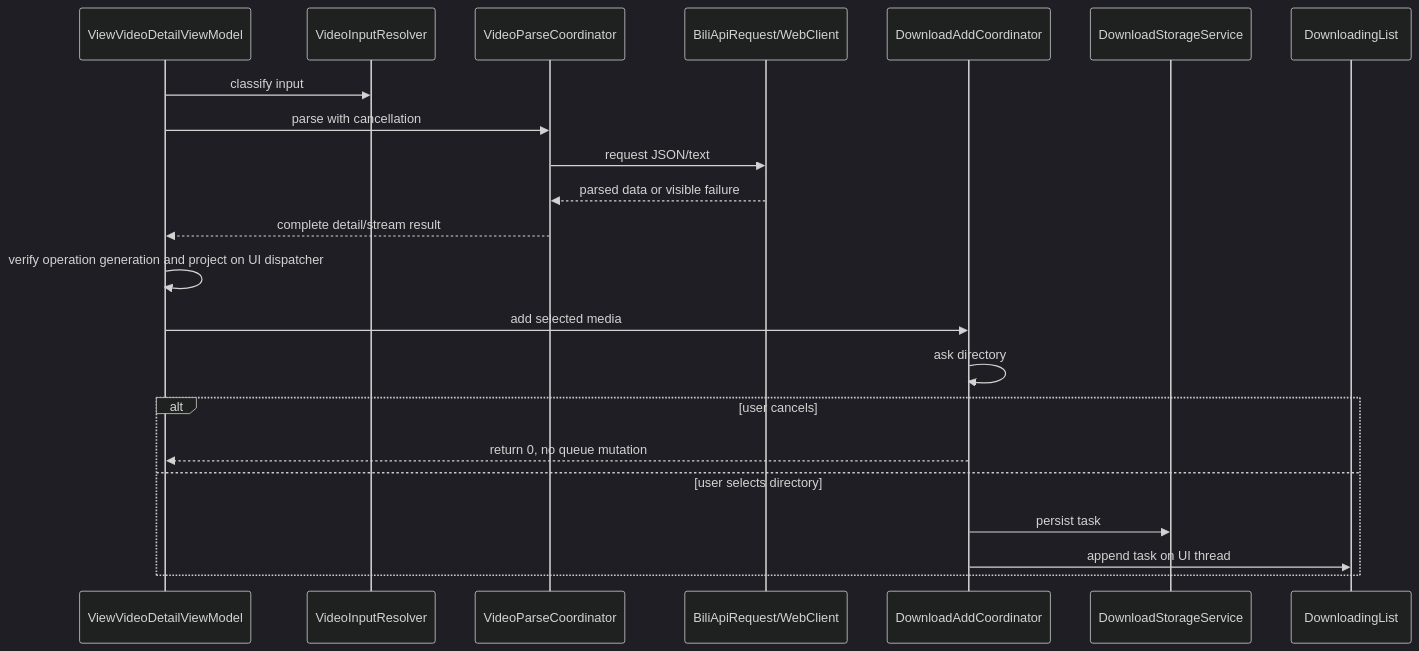
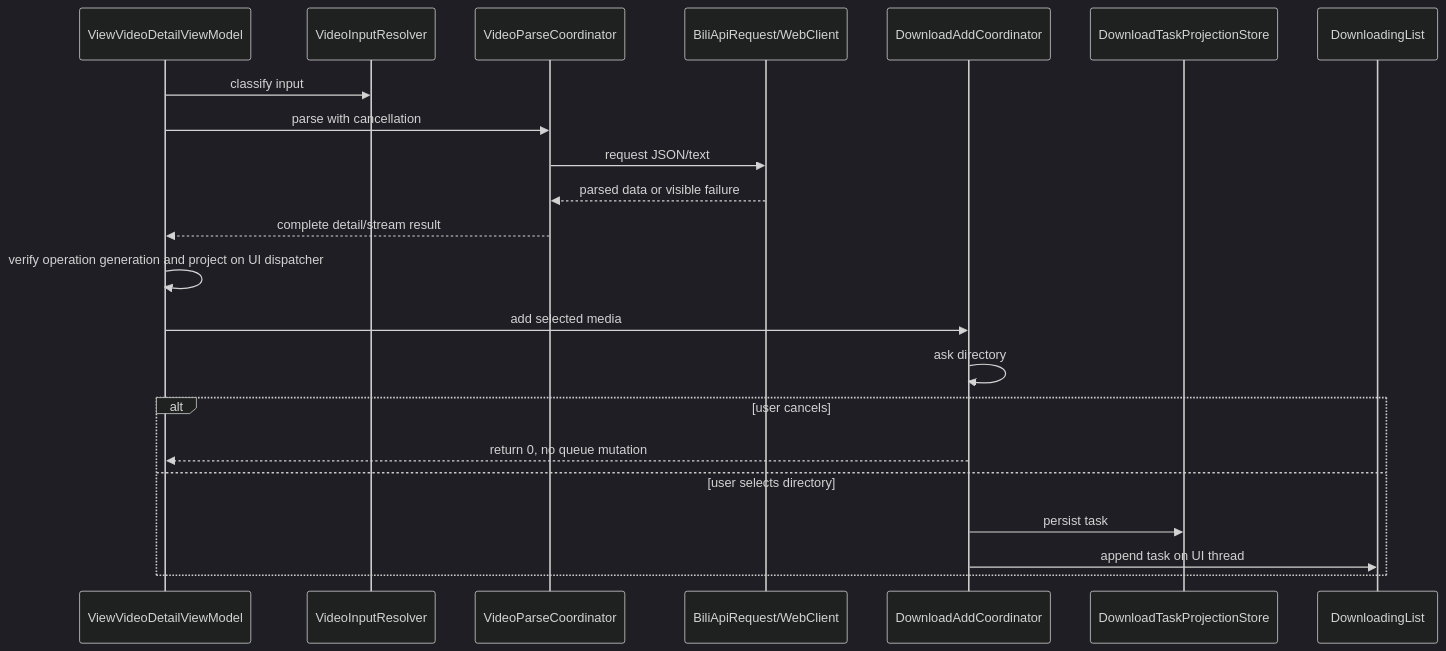
Before and after one commit to crazysmile-PhD/downkyicore: the third of 4 diagrams in docs/ai-knowledge-graph.md, drawn with Mermaid (dark theme). The commit also changed other lines of this file and 4 other files, not shown here.

````diff
--- a/docs/ai-knowledge-graph.md
+++ b/docs/ai-knowledge-graph.md
@@ -1772,25 +1913,25 @@
 ```mermaid
 sequenceDiagram
     participant VM as ViewVideoDetailViewModel
     participant Resolver as VideoInputResolver
     participant Parser as VideoParseCoordinator
     participant API as BiliApiRequest/WebClient
     participant Add as DownloadAddCoordinator
-    participant Storage as DownloadStorageService
+    participant Storage as DownloadTaskProjectionStore
     participant Queue as DownloadingList
 
     VM->>Resolver: classify input
     VM->>Parser: parse with cancellation
     Parser->>API: request JSON/text
     API-->>Parser: parsed data or visible failure
     Parser-->>VM: complete detail/stream result
     VM->>VM: verify operation generation and project on UI dispatcher
     VM->>Add: add selected media
     Add->>Add: ask directory
     alt user cancels
         Add-->>VM: return 0, no queue mutation
     else user selects directory
         Add->>Storage: persist task
         Add->>Queue: append task on UI thread
     end
 ```
````
